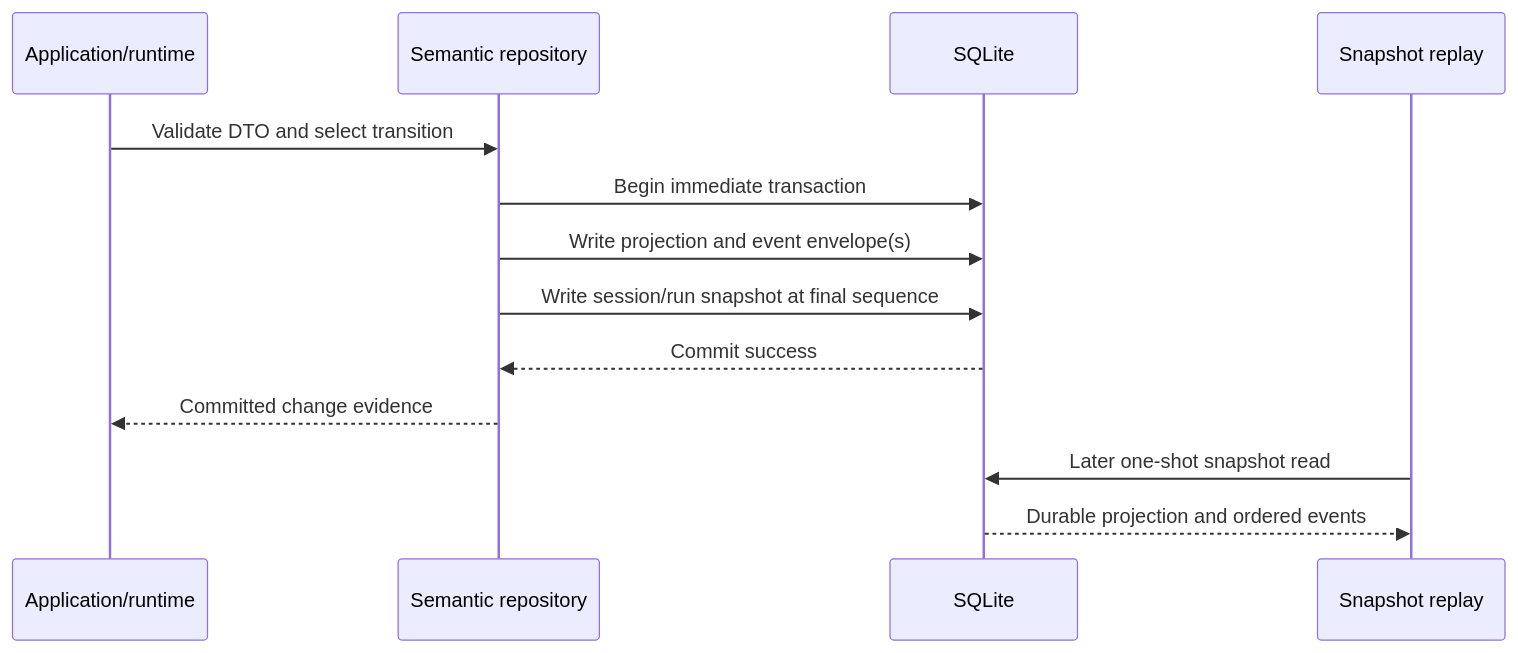
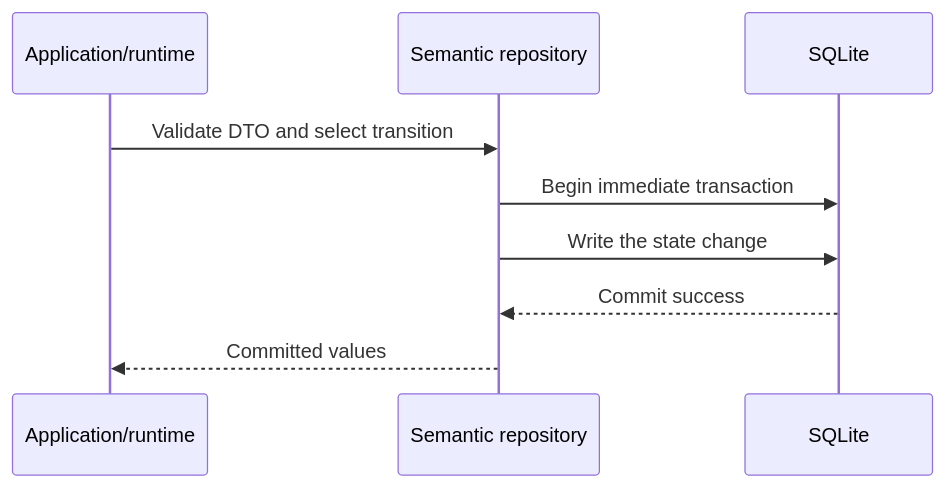
Before and after one commit to y0tsy/intention-relay: the third of 3 diagrams in docs/intention-relay/architecture/04-sessions-runs-events-and-storage.md, drawn with Mermaid. The commit also changed other lines of this file and 288 other files, not shown here.

````diff
--- a/docs/intention-relay/architecture/04-sessions-runs-events-and-storage.md
+++ b/docs/intention-relay/architecture/04-sessions-runs-events-and-storage.md
@@ -124,16 +134,12 @@
 ```mermaid
 sequenceDiagram
   participant A as Application/runtime
   participant R as Semantic repository
   participant S as SQLite
-  participant P as Snapshot replay
 
   A->>R: Validate DTO and select transition
   R->>S: Begin immediate transaction
-  R->>S: Write projection and event envelope(s)
-  R->>S: Write session/run snapshot at final sequence
+  R->>S: Write the state change
   S-->>R: Commit success
-  R-->>A: Committed change evidence
-  P->>S: Later one-shot snapshot read
-  S-->>P: Durable projection and ordered events
+  R-->>A: Committed values
 ```
````
